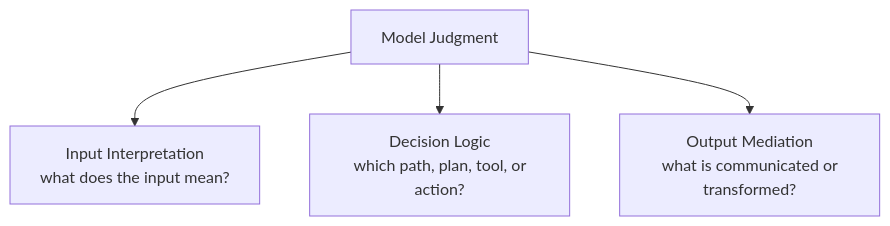
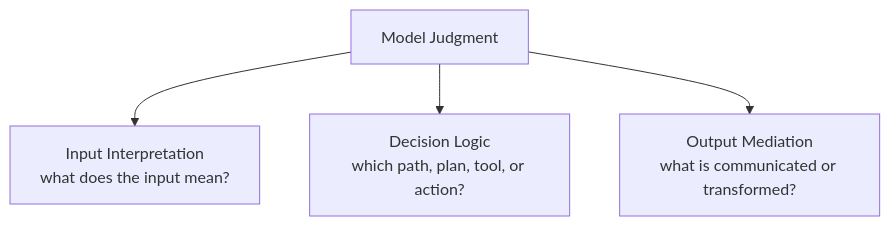
The fourth of 14 diagrams in content/research/notes/open-engineering-specification-article-draft.md (UncertaintyArchitectureGroup/uncertainty-architecture), drawn with Mermaid before and after one commit. The commit also changed other lines of this file and 1 other file, not shown here.

````diff
--- a/content/research/notes/open-engineering-specification-article-draft.md
+++ b/content/research/notes/open-engineering-specification-article-draft.md
@@ -233,11 +239,11 @@
 ```mermaid
 flowchart TB
     MJ["Model Judgment"]
-    I["Input Interpretation<br/> what does the input mean?"]
-    D["Decision Logic<br/> which path, plan, tool, or action?"]
-    O["Output Mediation<br/> what is communicated or transformed?"]
+    I["Input Interpretation<br/>what does the input mean?"]
+    D["Decision Logic<br/>which path, plan, tool, or action?"]
+    O["Output Mediation<br/>what is communicated or transformed?"]
 
     MJ --> I
     MJ --> D
     MJ --> O
 ```
````
